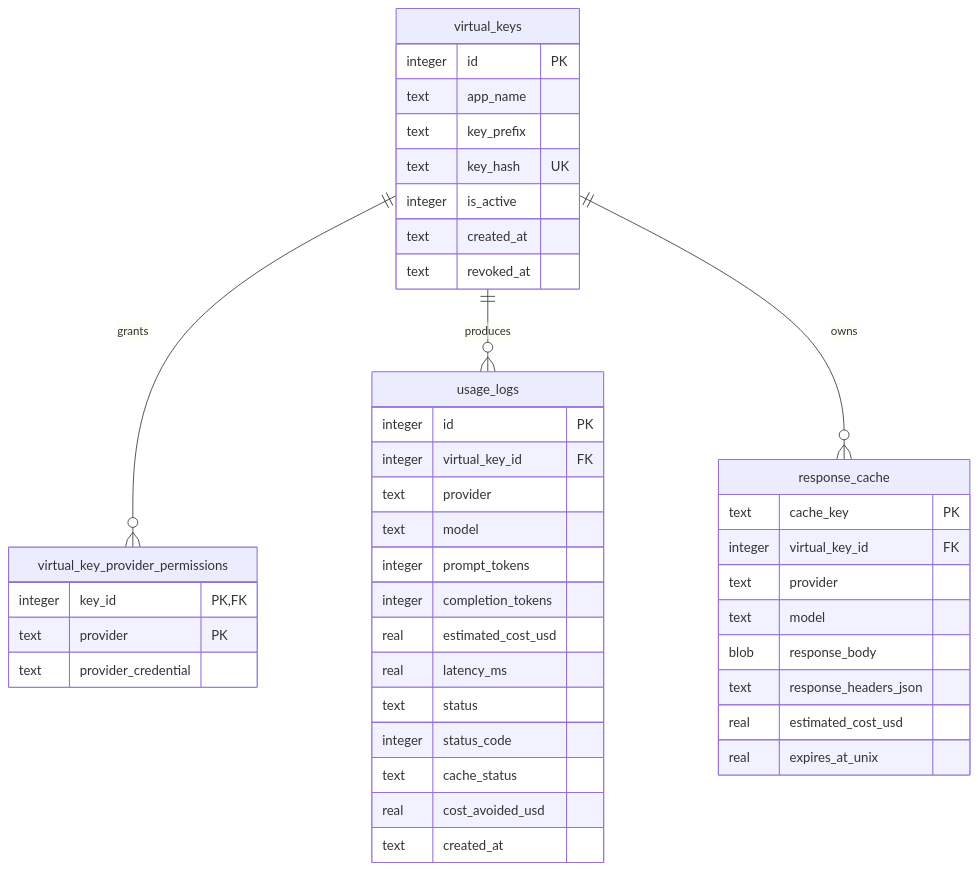
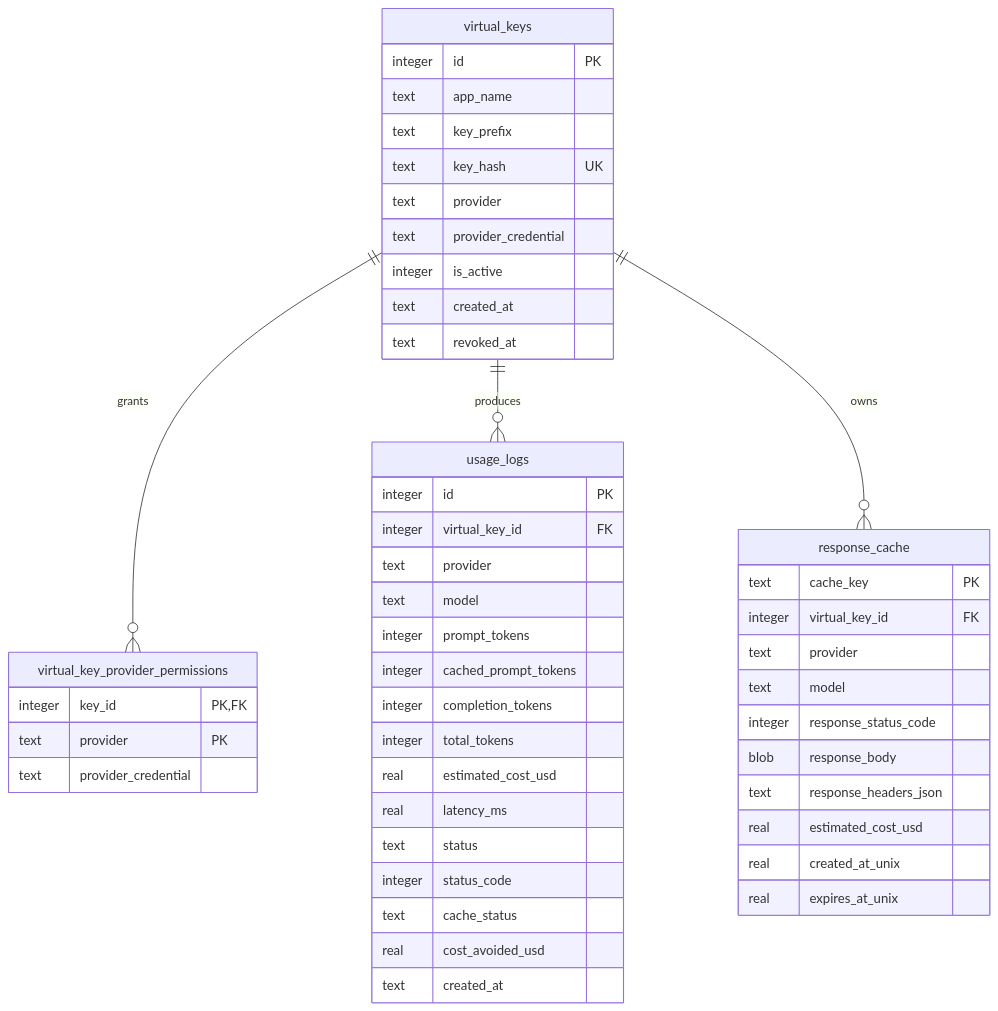
One commit to Nithish-Yenaganti/proxyllm changed the third of 3 diagrams in ARCHITECTURE.md. Above: the diagram before and after it, drawn with Mermaid. The commit also changed other lines of this file and 3 other files, not shown here.

````diff
--- a/ARCHITECTURE.md
+++ b/ARCHITECTURE.md
@@ -173,49 +177,55 @@
 ```mermaid
 erDiagram
     virtual_keys ||--o{ virtual_key_provider_permissions : grants
     virtual_keys ||--o{ usage_logs : produces
     virtual_keys ||--o{ response_cache : owns
 
     virtual_keys {
         integer id PK
         text app_name
         text key_prefix
         text key_hash UK
+        text provider
+        text provider_credential
         integer is_active
         text created_at
         text revoked_at
     }
 
     virtual_key_provider_permissions {
         integer key_id PK, FK
         text provider PK
         text provider_credential
     }
 
     usage_logs {
         integer id PK
         integer virtual_key_id FK
         text provider
         text model
         integer prompt_tokens
+        integer cached_prompt_tokens
         integer completion_tokens
+        integer total_tokens
         real estimated_cost_usd
         real latency_ms
         text status
         integer status_code
         text cache_status
         real cost_avoided_usd
         text created_at
     }
 
     response_cache {
         text cache_key PK
         integer virtual_key_id FK
         text provider
         text model
+        integer response_status_code
         blob response_body
         text response_headers_json
         real estimated_cost_usd
+        real created_at_unix
         real expires_at_unix
     }
 ```
````
